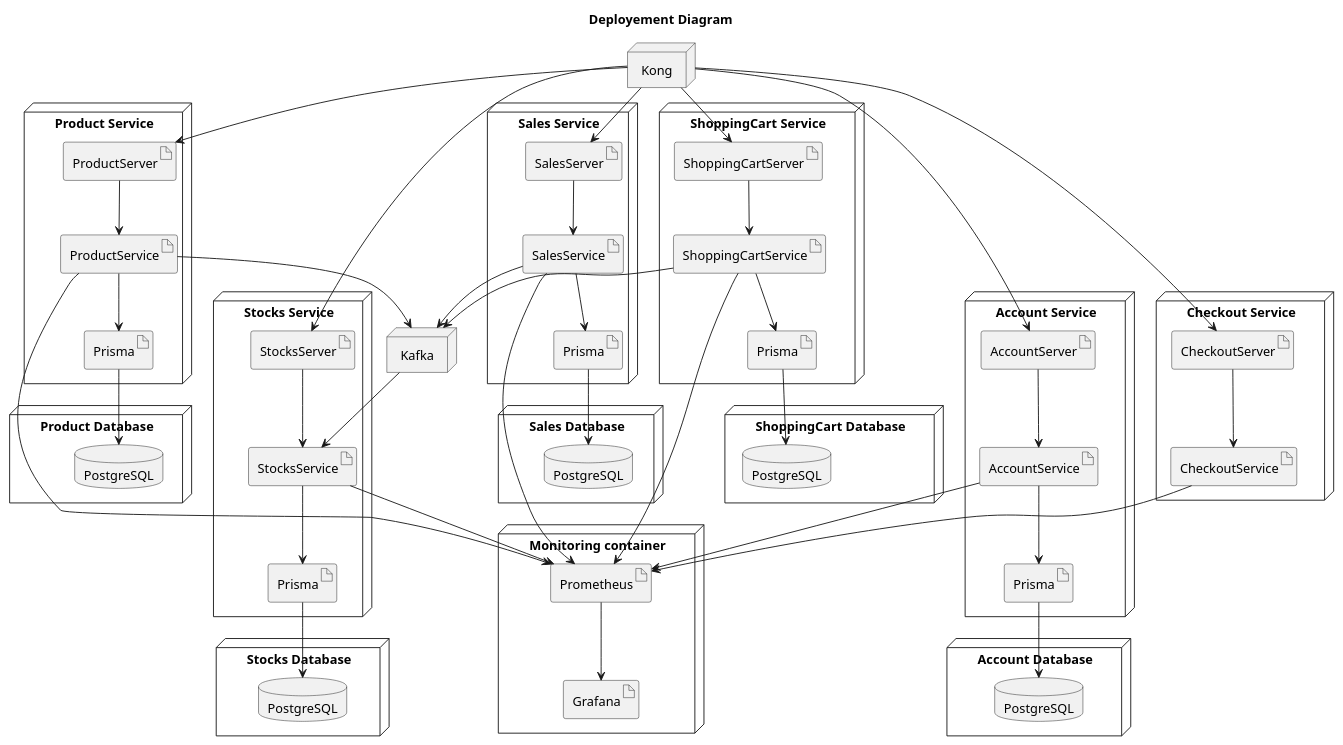
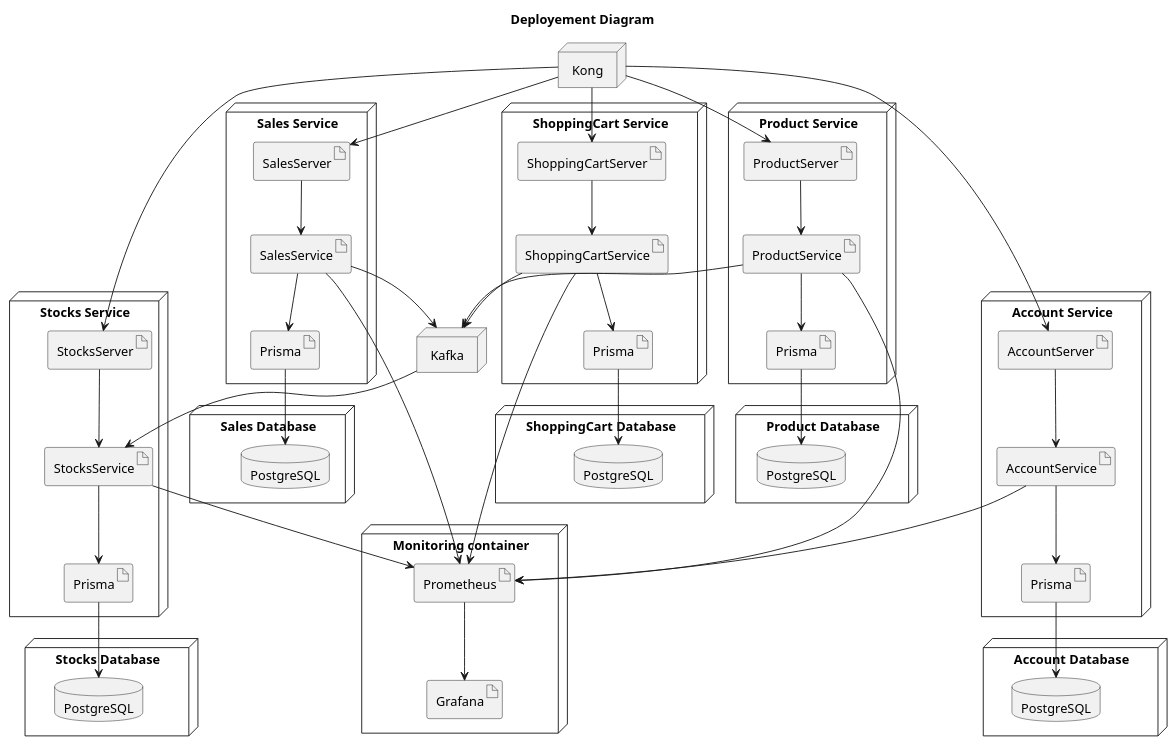
The diagram in docs/UML/deployement.puml (ThePhobosDeimosSuite/laboratoire-0_log430), drawn with PlantUML before and after one commit. The commit also changed 20 other files, not shown here.

Commit message:
remove checkout service

```diff
--- a/docs/UML/deployement.puml
+++ b/docs/UML/deployement.puml
@@ -1,117 +1,107 @@
 @startuml deployement
 title Deployement Diagram
 
 node "Monitoring container" {
     artifact Prometheus
     artifact Grafana
 }
 
 node "Kong" {
 
 }
 
 node "Kafka" {
 
 }
 
 node "Product Database" {
     database "PostgreSQL" as ProductDB
 }
 
 node "Product Service"  {
     artifact ProductServer
     artifact ProductService
     artifact "Prisma" as ProductPrisma
 }
 
     [Kong] --> [ProductServer]
     [ProductServer] --> [ProductService]
     [ProductService] --> [Prometheus]
     [ProductService] --> [ProductPrisma]
     [ProductPrisma] --> [ProductDB]
 
 node "Sales Database" {
     database "PostgreSQL" as SalesDB
 }
 
 node "Sales Service"  {
     artifact SalesServer
     artifact SalesService
     artifact "Prisma" as SalesPrisma
 }
 
     [Kong] --> [SalesServer]
     [SalesServer] --> [SalesService]
     [SalesService] --> [Prometheus]
     [SalesService] --> [SalesPrisma]
     [SalesPrisma] --> [SalesDB]
 
 node "Stocks Database" {
     database "PostgreSQL" as StocksDB
 }
 
 node "Stocks Service"  {
     artifact StocksServer
     artifact StocksService
     artifact "Prisma" as StocksPrisma
 }
 
     [Kong] --> [StocksServer]
     [StocksServer] --> [StocksService]
     [StocksService] --> [Prometheus]
     [StocksService] --> [StocksPrisma]
     [StocksPrisma] --> [StocksDB]
 
     [SalesService] --> [Kafka]
     [Kafka] --> [StocksService]
 
 
 node "Account Database" {
     database "PostgreSQL" as AccountDB
 }
 
 node "Account Service"  {
     artifact AccountServer
     artifact AccountService
     artifact "Prisma" as AccountPrisma
 }
 
     [Kong] --> [AccountServer]
     [AccountServer] --> [AccountService]
     [AccountService] --> [Prometheus]
     [AccountService] --> [AccountPrisma]
     [AccountPrisma] --> [AccountDB]
 
 node "ShoppingCart Database" {
     database "PostgreSQL" as ShoppingCartDB
 }
 
 node "ShoppingCart Service"  {
     artifact ShoppingCartServer
     artifact ShoppingCartService
     artifact "Prisma" as ShoppingCartPrisma
 }
 
     [Kong] --> [ShoppingCartServer]
     [ShoppingCartServer] --> [ShoppingCartService]
     [ShoppingCartService] --> [Prometheus]
     [ShoppingCartService] --> [ShoppingCartPrisma]
     [ShoppingCartPrisma] --> [ShoppingCartDB]
 
     [ShoppingCartService] --> [Kafka]
 
-
-node "Checkout Service"  {
-    artifact CheckoutServer
-    artifact CheckoutService
-}
-
-    [Kong] --> [CheckoutServer]
-    [CheckoutServer] --> [CheckoutService]
-    [CheckoutService] --> [Prometheus]
-
     [ProductService] --> [Kafka]
 
 
     [Prometheus] --> [Grafana]
 @enduml
```
